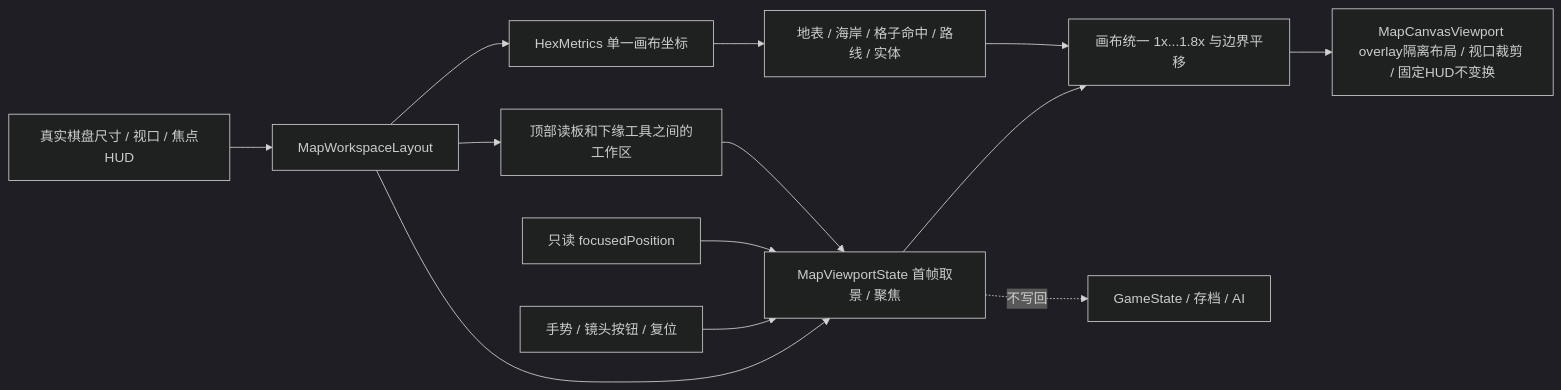
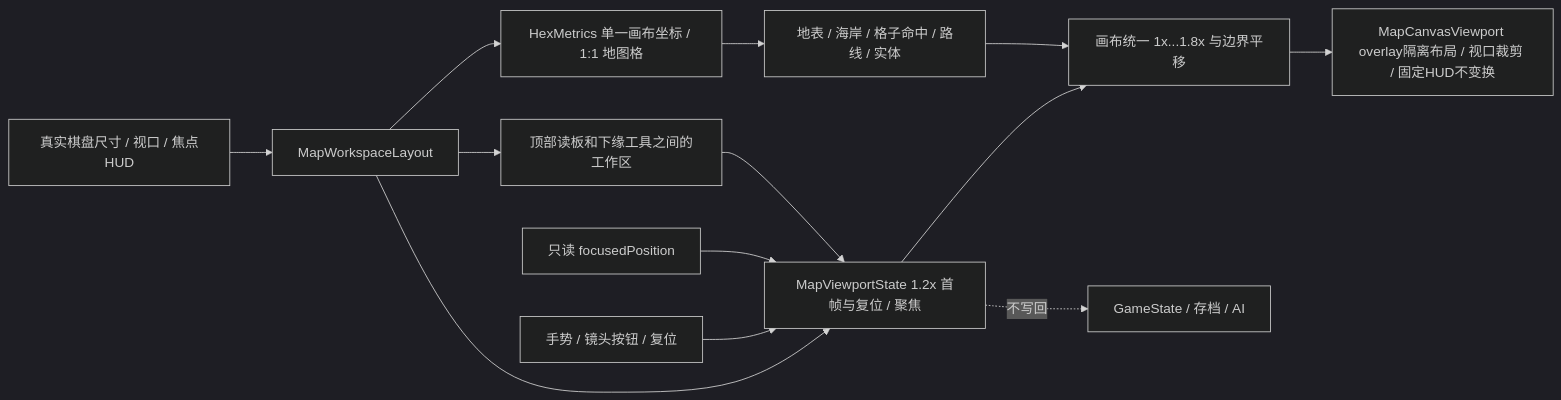
Before and after one commit to Altman-sam114/119: the third of 26 diagrams in md/flow/flowchart.md, drawn with Mermaid (dark theme). The commit also changed other lines of this file and 6 other files, not shown here.

````diff
--- a/md/flow/flowchart.md
+++ b/md/flow/flowchart.md
@@ -44,15 +44,15 @@
 ```mermaid
 flowchart LR
     T[真实棋盘尺寸 / 视口 / 焦点HUD] --> W[MapWorkspaceLayout]
-    W --> H[HexMetrics 单一画布坐标]
+    W --> H[HexMetrics 单一画布坐标 / 1:1 地图格]
     W --> R[顶部读板和下缘工具之间的工作区]
     H --> M[地表 / 海岸 / 格子命中 / 路线 / 实体]
-    S[只读 focusedPosition] --> C[MapViewportState 首帧取景 / 聚焦]
+    S[只读 focusedPosition] --> C[MapViewportState 1.2x 首帧与复位 / 聚焦]
     R --> C
     W --> C
     P[手势 / 镜头按钮 / 复位] --> C
     C --> V[画布统一 1x...1.8x 与边界平移]
     M --> V
     V --> F[MapCanvasViewport overlay隔离布局 / 视口裁剪 / 固定HUD不变换]
     C -.不写回.-> G[GameState / 存档 / AI]
 ```
````
